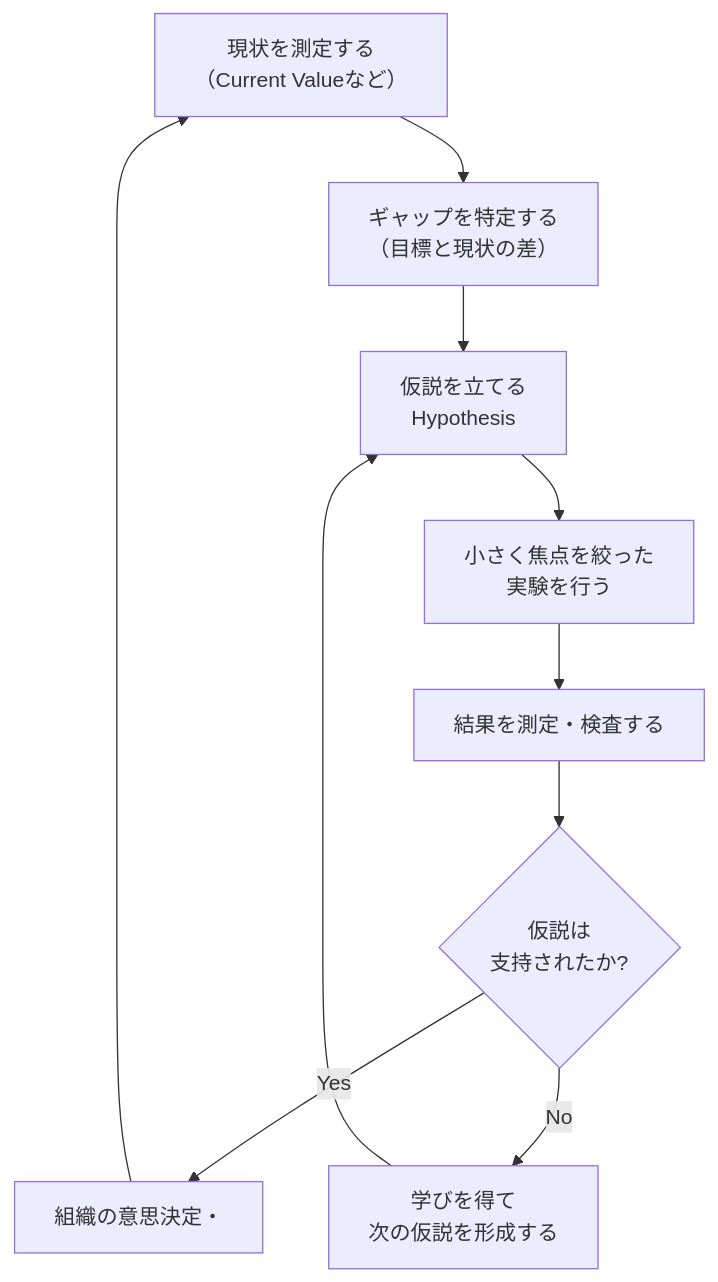
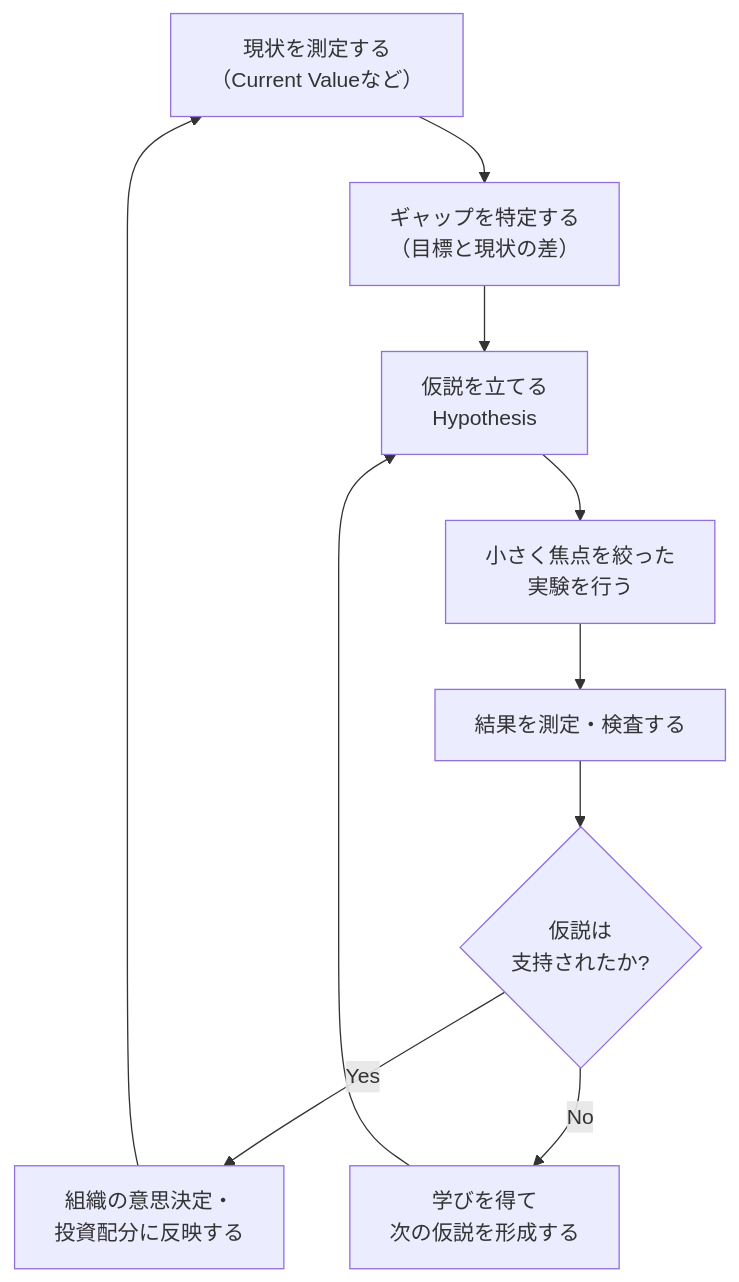
One commit to myoshi2891/Management-Team-Building-Studies changed the fourth of 12 diagrams in Professional-Agile-Leadership-Evidence-Based-Management.md. Above: the diagram before and after it, drawn with Mermaid. The commit also changed other lines of this file and 4 other files, not shown here.

````diff
--- a/Professional-Agile-Leadership-Evidence-Based-Management.md
+++ b/Professional-Agile-Leadership-Evidence-Based-Management.md
@@ -196,12 +200,12 @@
 ```mermaid
 flowchart TB
     A["現状を測定する<br/>（Current Valueなど）"] --> B["ギャップを特定する<br/>（目標と現状の差）"]
     B --> C["仮説を立てる<br/>Hypothesis"]
     C --> D["小さく焦点を絞った<br/>実験を行う"]
     D --> E["結果を測定・検査する"]
     E --> F{"仮説は<br/>支持されたか?"}
-    F -- Yes --> G["組織の意思決定・<br/投資配分に反映する"]
+    F -- Yes --> G["組織の意思決定・<br/>投資配分に反映する"]
     F -- No --> H["学びを得て<br/>次の仮説を形成する"]
     G --> A
     H --> C
 ```
````
